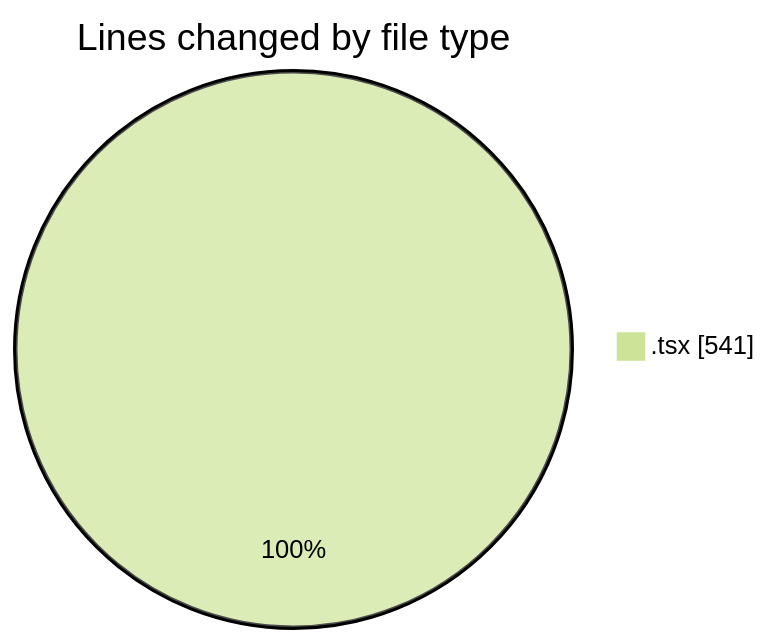
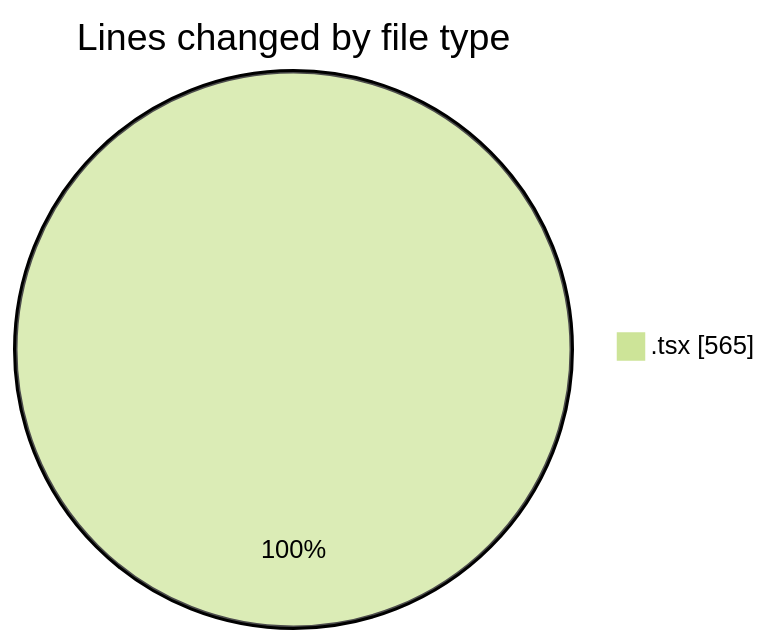
Before and after one commit to nxtqubesakshisongat/code-tracking: the first of 2 diagrams in 2026-02-12/nxtqube_webapp/README.md, drawn with Mermaid (forest theme). The commit also changed other lines of this file and 1 other file, not shown here.

````diff
--- a/2026-02-12/nxtqube_webapp/README.md
+++ b/2026-02-12/nxtqube_webapp/README.md
@@ -21,5 +21,5 @@
 ```mermaid
 pie showData
 title Lines changed by file type
-".tsx" : 541
+".tsx" : 565
 ```
````
